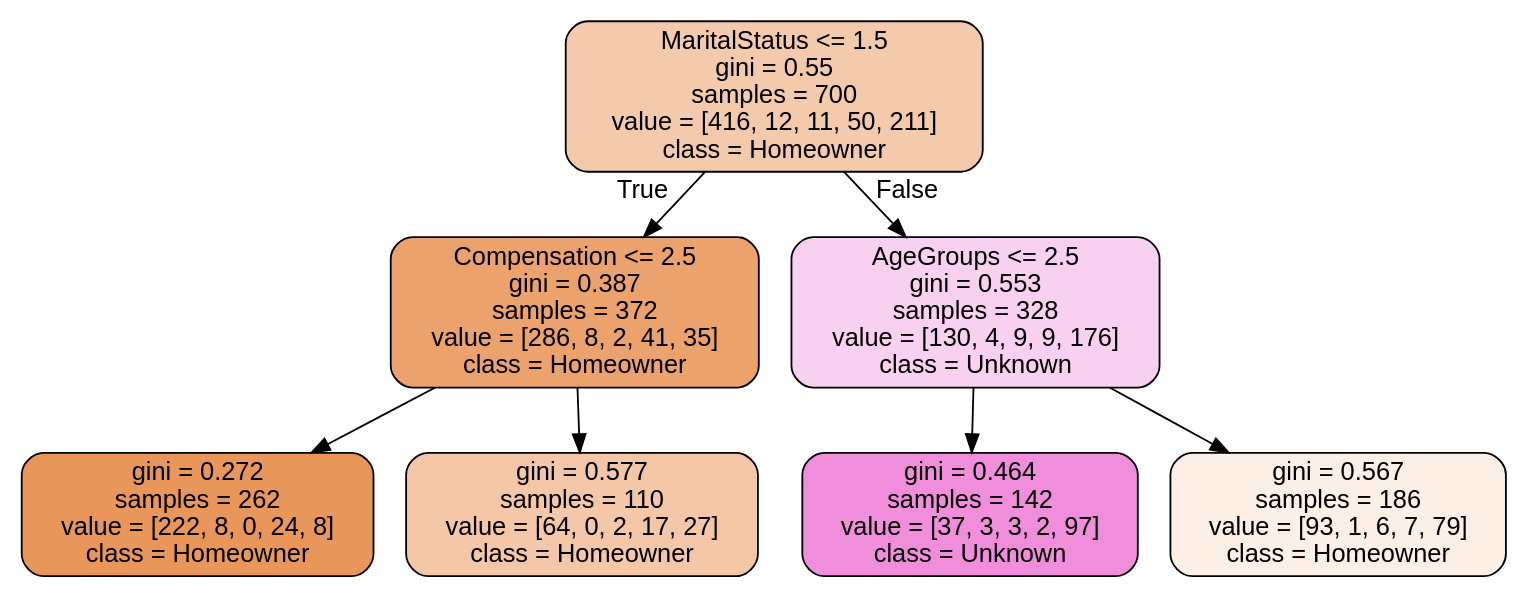
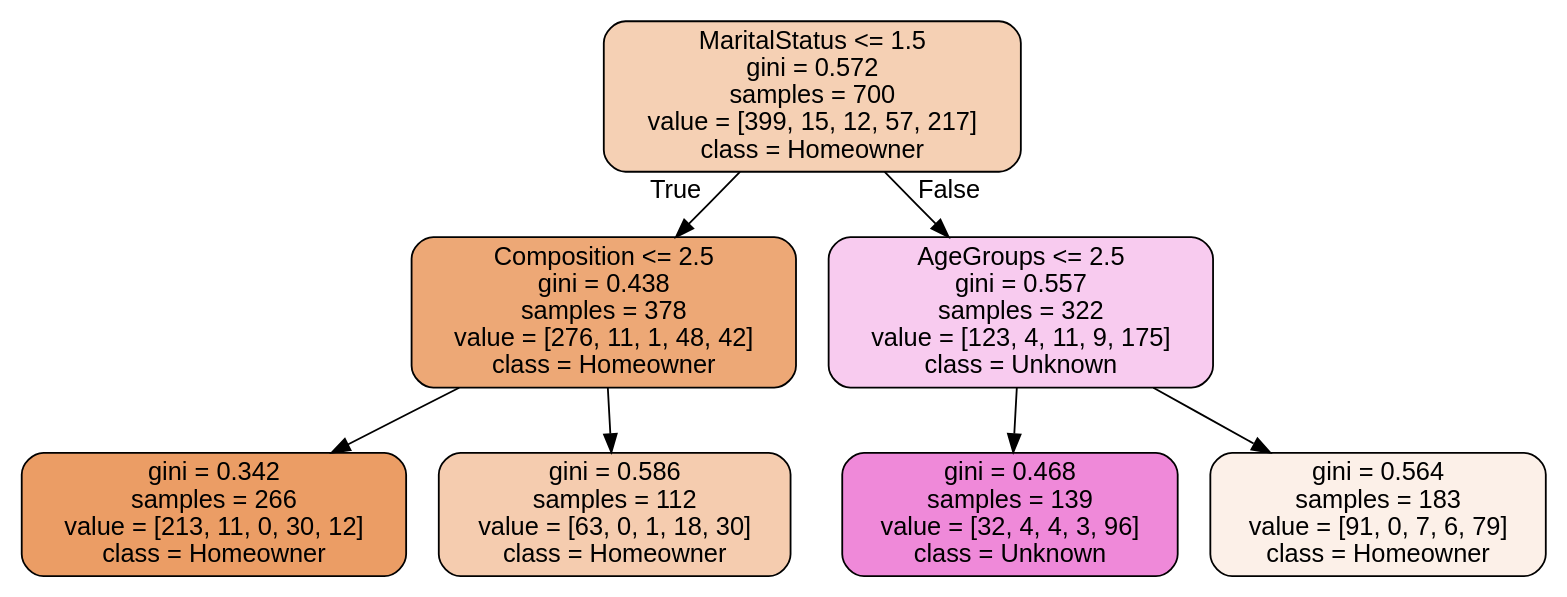
Before and after one commit to vmarklynn/CPSC5310-Project: the diagram in Code/images/decision_trees/project_decisiontree.dot, drawn with Graphviz. The commit also changed 2 other files, not shown here.

```diff
--- a/Code/images/decision_trees/project_decisiontree.dot
+++ b/Code/images/decision_trees/project_decisiontree.dot
@@ -1,17 +1,17 @@
 digraph Tree {
 node [shape=box, style="filled, rounded", color="black", fontname="helvetica"] ;
 edge [fontname="helvetica"] ;
-0 [label="MaritalStatus <= 1.5\ngini = 0.55\nsamples = 700\nvalue = [416, 12, 11, 50, 211]\nclass = Homeowner", fillcolor="#f4caac"] ;
-1 [label="Compensation <= 2.5\ngini = 0.387\nsamples = 372\nvalue = [286, 8, 2, 41, 35]\nclass = Homeowner", fillcolor="#eca26c"] ;
+0 [label="MaritalStatus <= 1.5\ngini = 0.572\nsamples = 700\nvalue = [399, 15, 12, 57, 217]\nclass = Homeowner", fillcolor="#f5d0b4"] ;
+1 [label="Composition <= 2.5\ngini = 0.438\nsamples = 378\nvalue = [276, 11, 1, 48, 42]\nclass = Homeowner", fillcolor="#eda876"] ;
 0 -> 1 [labeldistance=2.5, labelangle=45, headlabel="True"] ;
-2 [label="gini = 0.272\nsamples = 262\nvalue = [222, 8, 0, 24, 8]\nclass = Homeowner", fillcolor="#e9965a"] ;
+2 [label="gini = 0.342\nsamples = 266\nvalue = [213, 11, 0, 30, 12]\nclass = Homeowner", fillcolor="#eb9d65"] ;
 1 -> 2 ;
-3 [label="gini = 0.577\nsamples = 110\nvalue = [64, 0, 2, 17, 27]\nclass = Homeowner", fillcolor="#f3c7a7"] ;
+3 [label="gini = 0.586\nsamples = 112\nvalue = [63, 0, 1, 18, 30]\nclass = Homeowner", fillcolor="#f5ccaf"] ;
 1 -> 3 ;
-4 [label="AgeGroups <= 2.5\ngini = 0.553\nsamples = 328\nvalue = [130, 4, 9, 9, 176]\nclass = Unknown", fillcolor="#f9d1f0"] ;
+4 [label="AgeGroups <= 2.5\ngini = 0.557\nsamples = 322\nvalue = [123, 4, 11, 9, 175]\nclass = Unknown", fillcolor="#f8cbef"] ;
 0 -> 4 [labeldistance=2.5, labelangle=-45, headlabel="False"] ;
-5 [label="gini = 0.464\nsamples = 142\nvalue = [37, 3, 3, 2, 97]\nclass = Unknown", fillcolor="#f08edb"] ;
+5 [label="gini = 0.468\nsamples = 139\nvalue = [32, 4, 4, 3, 96]\nclass = Unknown", fillcolor="#ef89d9"] ;
 4 -> 5 ;
-6 [label="gini = 0.567\nsamples = 186\nvalue = [93, 1, 6, 7, 79]\nclass = Homeowner", fillcolor="#fcefe5"] ;
+6 [label="gini = 0.564\nsamples = 183\nvalue = [91, 0, 7, 6, 79]\nclass = Homeowner", fillcolor="#fcf0e8"] ;
 4 -> 6 ;
 }
```
